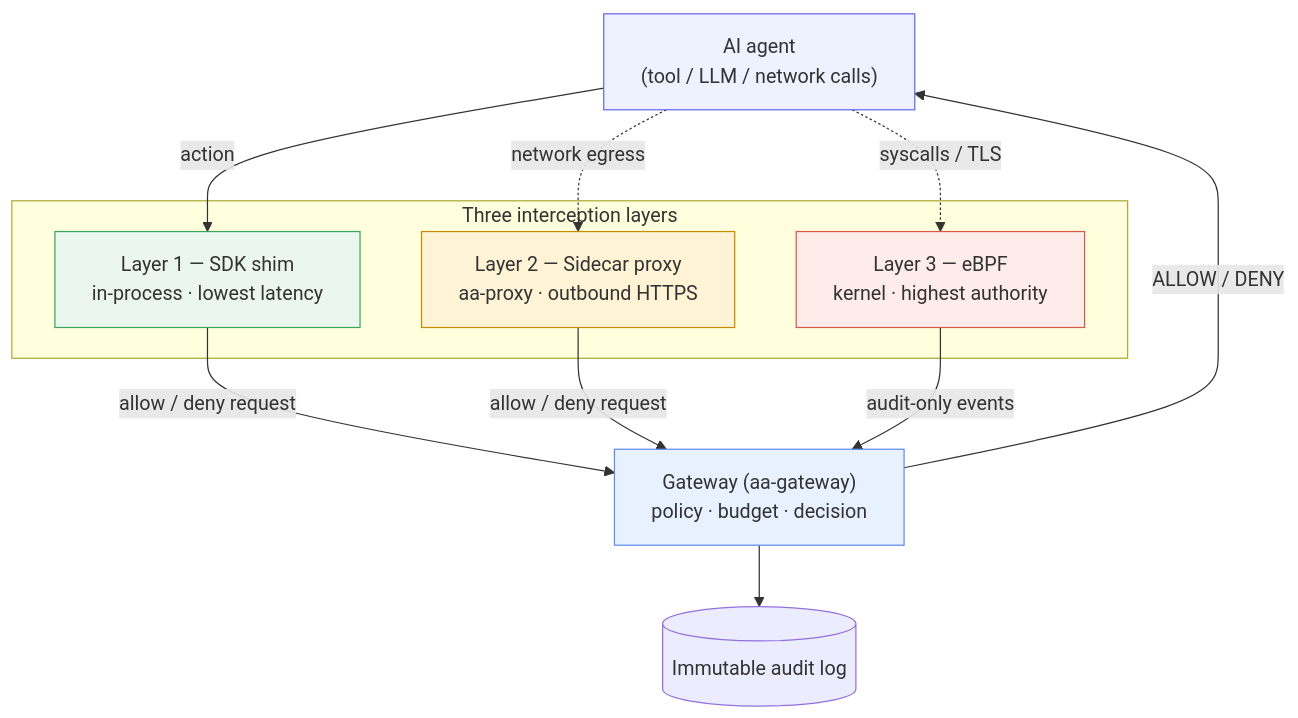
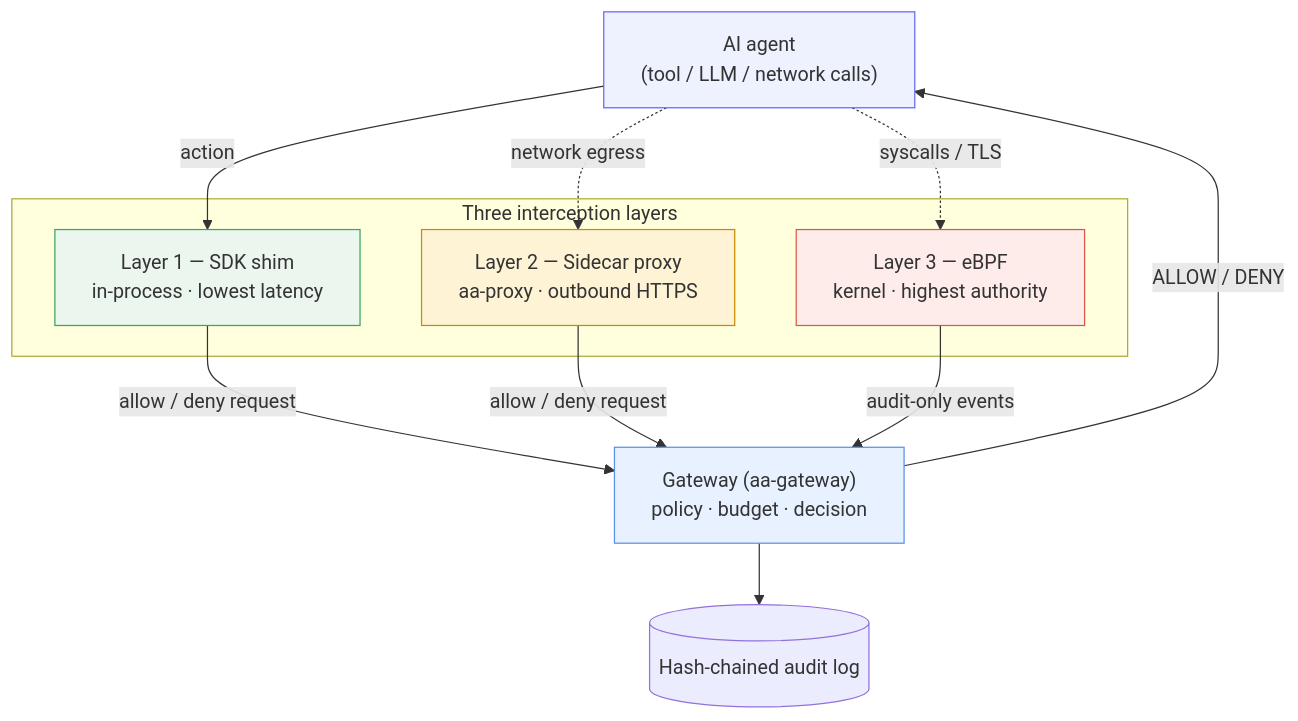
Before and after one commit to ai-agent-assembly/agent-assembly: the diagram in docs/src/introduction/three-layer-model.md, drawn with Mermaid. The commit also changed other lines of this file and 3 other files, not shown here.

````diff
--- a/docs/src/introduction/three-layer-model.md
+++ b/docs/src/introduction/three-layer-model.md
@@ -52,30 +53,30 @@
 ```mermaid
 graph TD
     classDef agent fill:#eef2ff,stroke:#6366f1
     classDef l1 fill:#eaf6ee,stroke:#3aa55b
     classDef l2 fill:#fff3d6,stroke:#c98a00
     classDef l3 fill:#fdecea,stroke:#d75748
     classDef gw fill:#e8f1ff,stroke:#5b8def
 
     Agent["AI agent<br/>(tool / LLM / network calls)"]:::agent
 
     subgraph Interception["Three interception layers"]
         L1["Layer 1 — SDK shim<br/>in-process · lowest latency"]:::l1
         L2["Layer 2 — Sidecar proxy<br/>aa-proxy · outbound HTTPS"]:::l2
         L3["Layer 3 — eBPF<br/>kernel · highest authority"]:::l3
     end
 
     GW["Gateway (aa-gateway)<br/>policy · budget · decision"]:::gw
-    Audit[("Immutable audit log")]
+    Audit[("Hash-chained audit log")]
 
     Agent -->|"action"| L1
     Agent -.->|"network egress"| L2
     Agent -.->|"syscalls / TLS"| L3
 
     L1 -->|"allow / deny request"| GW
     L2 -->|"allow / deny request"| GW
     L3 -->|"audit-only events"| GW
 
     GW -->|"ALLOW / DENY"| Agent
     GW --> Audit
 ```
````
